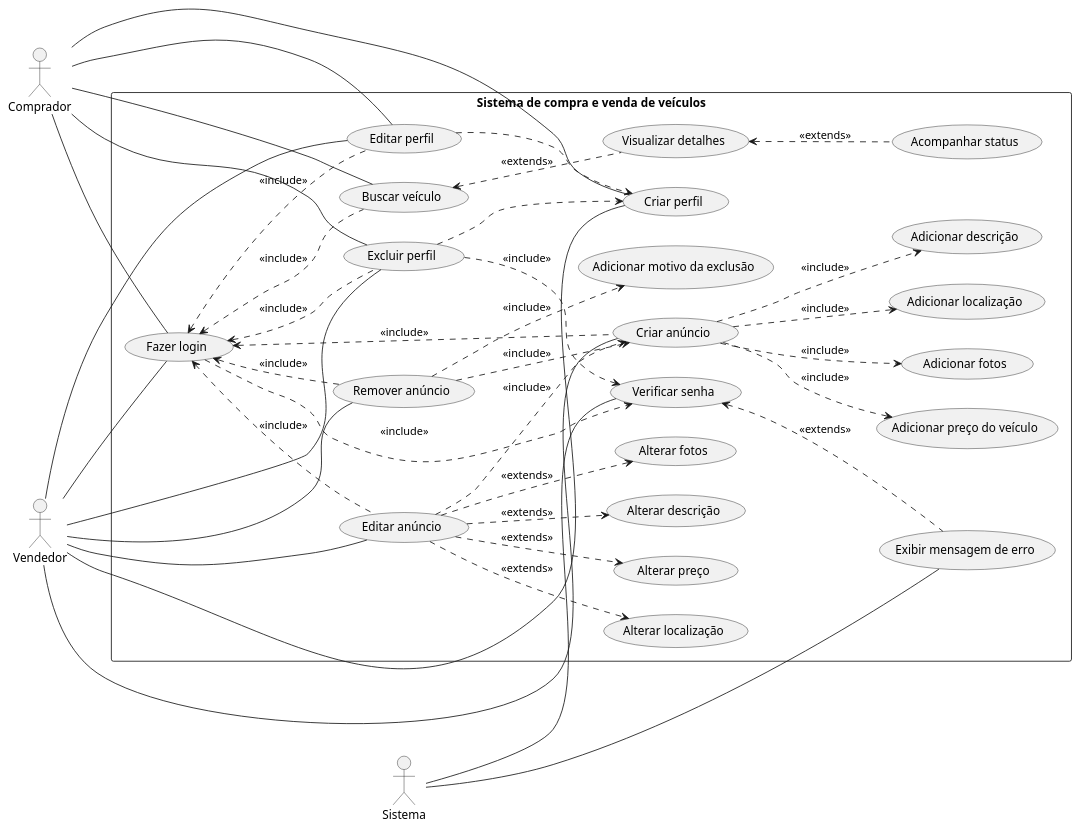
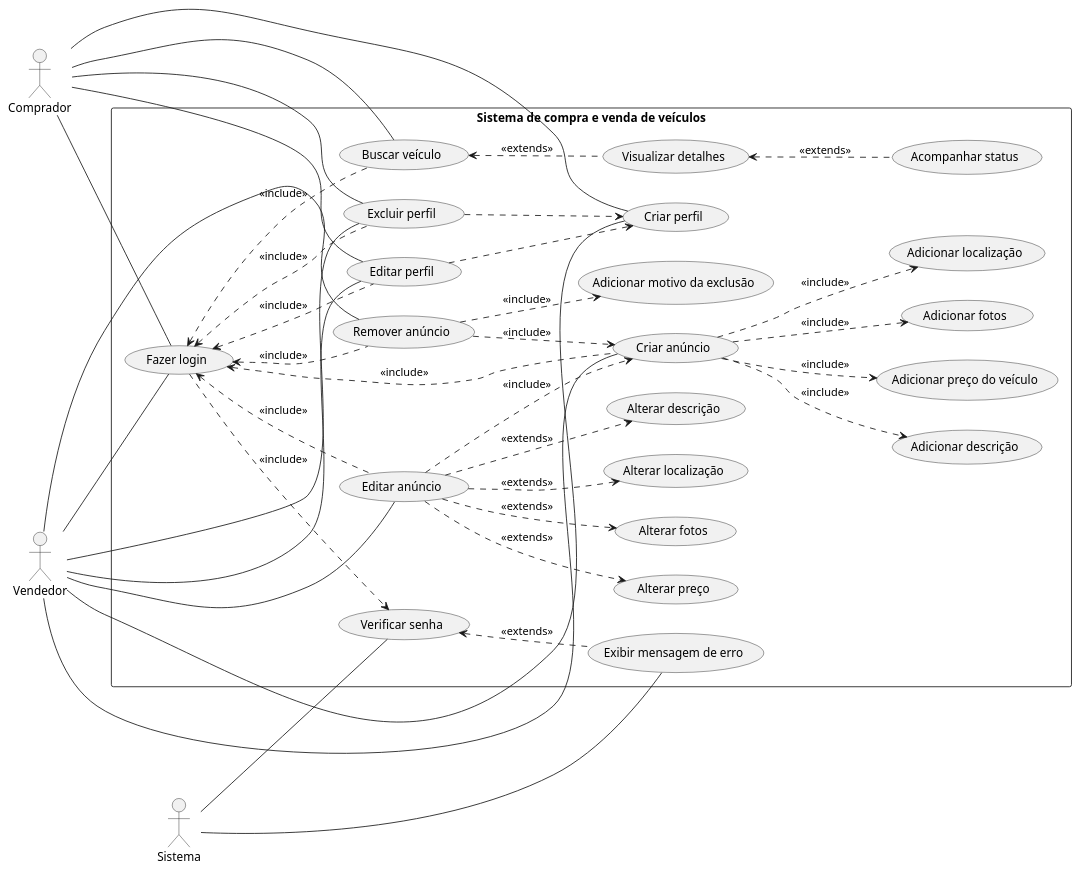
Before and after one commit to guilhermeoliveirateo/sistema-compra-venda-veiculos: the diagram in uc_sistema.md, drawn with PlantUML.

````diff
--- a/uc_sistema.md
+++ b/uc_sistema.md
@@ -9,74 +9,73 @@
 ``` plantuml
 @startuml 
 
 left to right direction
 actor "Comprador" as comprador
 actor "Vendedor" as vendedor
 
 rectangle "Sistema de compra e venda de veículos"{
 usecase "Fazer login" as uc1
 usecase "Editar perfil" as uc2
 usecase "Criar anúncio" as uc3
 usecase "Editar anúncio" as uc4
 usecase "Remover anúncio" as uc5
 usecase "Buscar veículo" as uc6
 usecase "Verificar senha" as uc7
 usecase "Exibir mensagem de erro" as uc8
 usecase "Adicionar descrição" as uc9
 usecase "Adicionar preço do veículo" as uc10
 usecase "Alterar descrição" as uc11
 usecase "Alterar preço" as uc12
 usecase "Adicionar motivo da exclusão" as uc13
 usecase "Visualizar detalhes" as uc14
 usecase "Acompanhar status" as uc15
 usecase "Criar perfil" as uc16
 usecase "Adicionar fotos" as uc17
 usecase "Adicionar localização" as uc18
 usecase "Alterar fotos" as uc19
 usecase "Alterar localização" as uc20
 usecase "Excluir perfil" as uc21
 }
 
 actor "Sistema" as sistema
 
 vendedor -- uc16
 comprador -- uc16
 vendedor -- uc1
 comprador -- uc1
 uc1 ..> uc7 :<<include>>
 uc7 <.. uc8 :<<extends>>
 uc1 <.. uc2 :<<include>>
 uc1 <.. uc3 :<<include>>
 uc1 <.. uc4 :<<include>>
 uc1 <.. uc5 :<<include>>
 uc1 <.. uc6 :<<include>>
 uc1 <.. uc21 :<<include>>
 vendedor -- uc2
 comprador -- uc2
 vendedor -- uc21
 comprador -- uc21
-uc21 ..> uc7 :<<include>>
 vendedor -- uc3
 uc3 ..> uc9 :<<include>>
 uc3 ..> uc10 :<<include>>
 uc3 ..> uc17 :<<include>>
 uc3 ..> uc18 :<<include>>
 vendedor -- uc4
 uc4 ..> uc11 :<<extends>>
 uc4 ..> uc12 :<<extends>>
 uc4 ..> uc19 :<<extends>>
 uc4 ..> uc20 :<<extends>>
 vendedor -- uc5
 uc5 ..> uc13 :<<include>>
 comprador -- uc6
 uc6 <.. uc14 :<<extends>>
 uc14 <.. uc15 :<<extends>>
 uc4 ..> uc3 :<<include>>
 uc5 ..> uc3 :<<include>>
 sistema -- uc7
 sistema -- uc8
 uc2 ..> uc16 <<include>>
 uc21 ..> uc16 <<include>>
  
 @enduml
 ```
````
